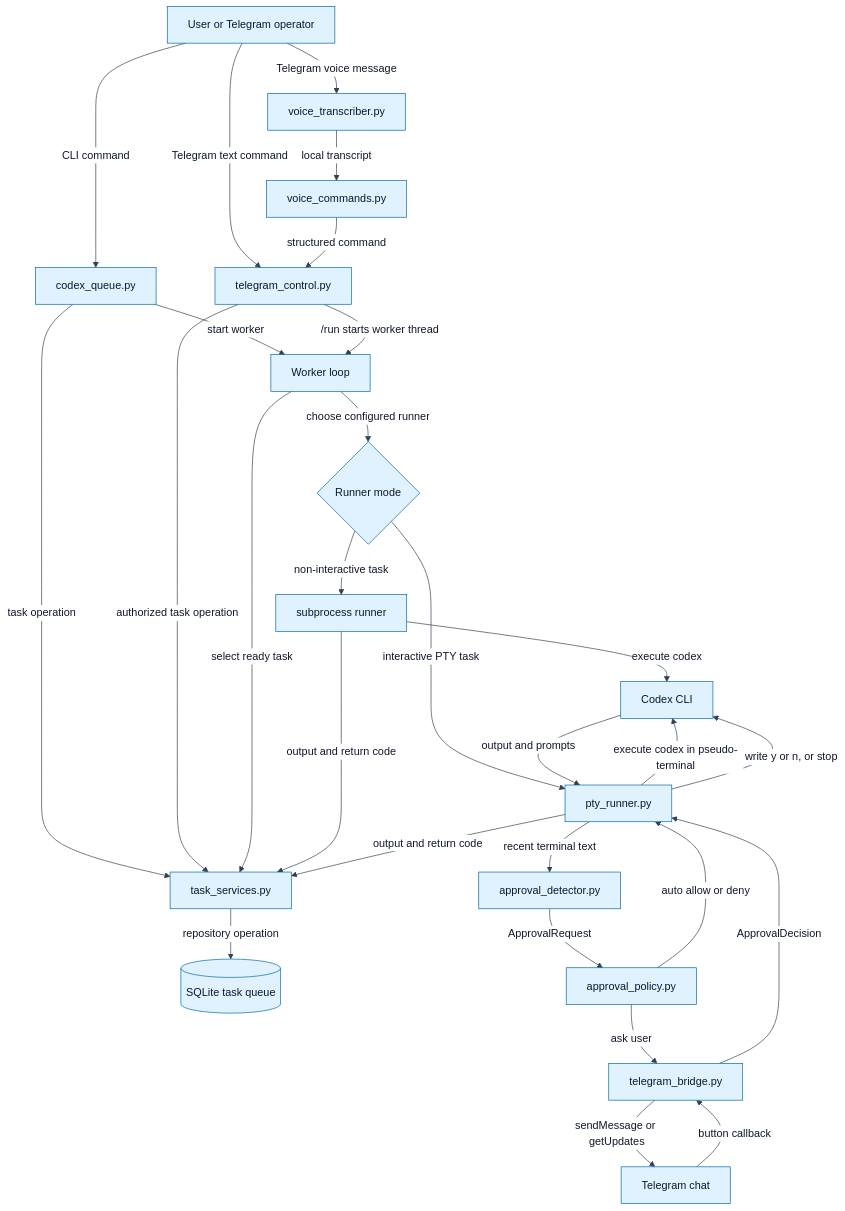
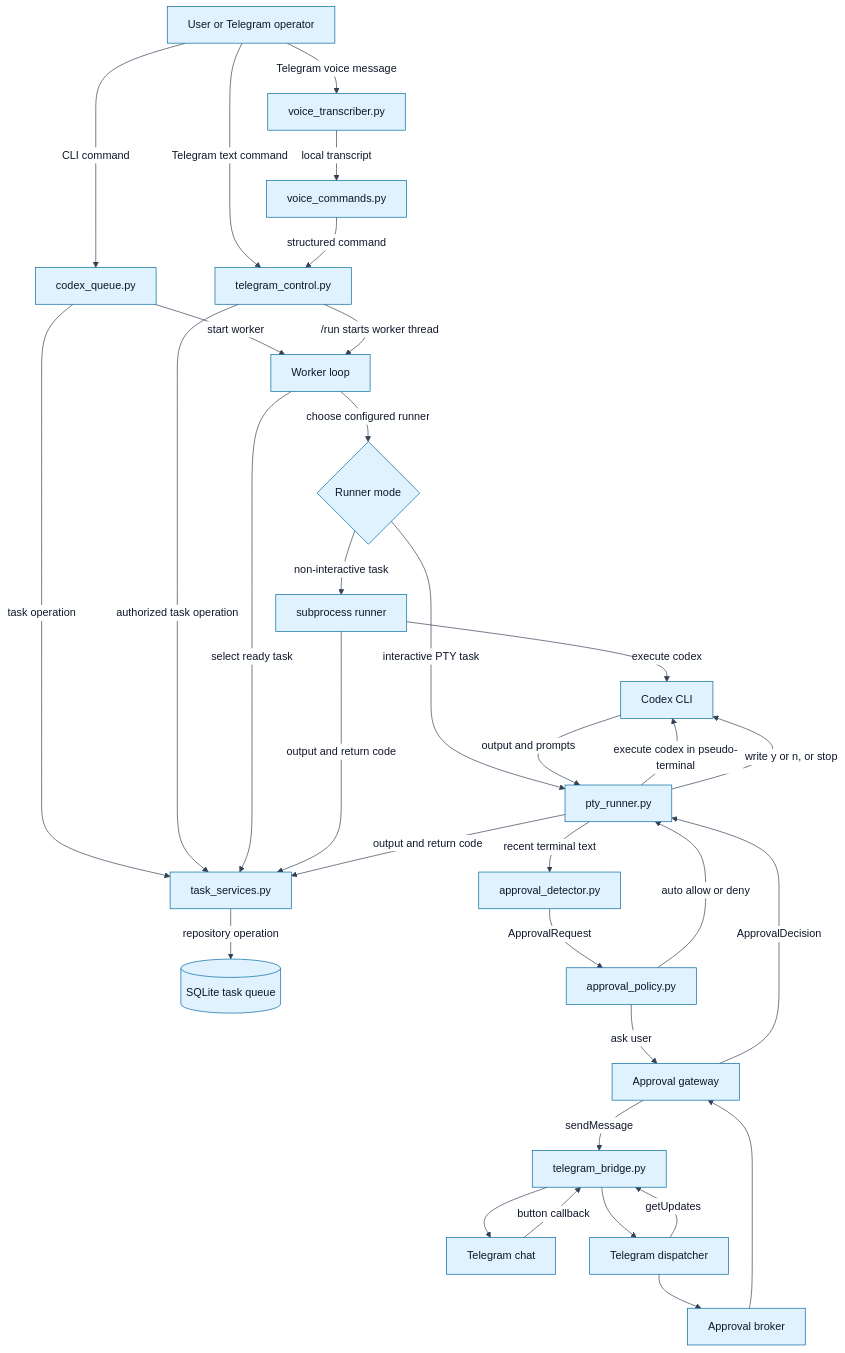
One commit to kinderp/durex changed the diagram in docs/SYSTEM_OVERVIEW.md. Above: the diagram before and after it, drawn with Mermaid. The commit also changed other lines of this file and 11 other files, not shown here.

First line of the commit message:
docs(telegram): define dispatcher ownership

````diff
--- a/docs/SYSTEM_OVERVIEW.md
+++ b/docs/SYSTEM_OVERVIEW.md
@@ -31,48 +31,53 @@
 ```mermaid
 %%{init: {"theme":"base","themeVariables":{"background":"#ffffff","primaryColor":"#e0f2fe","primaryTextColor":"#0f172a","primaryBorderColor":"#0369a1","lineColor":"#334155","secondaryColor":"#dcfce7","secondaryTextColor":"#0f172a","secondaryBorderColor":"#15803d","tertiaryColor":"#fef3c7","tertiaryTextColor":"#0f172a","tertiaryBorderColor":"#b45309","edgeLabelBackground":"#ffffff","clusterBkg":"#f8fafc","clusterBorder":"#cbd5e1","fontFamily":"Arial, sans-serif"}}}%%
 flowchart TD
     User[User or Telegram operator]
     CLI[codex_queue.py]
     Control[telegram_control.py]
     Services[task_services.py]
     VoiceParser[voice_commands.py]
     VoiceSTT[voice_transcriber.py]
     DB[(SQLite task queue)]
     Worker[Worker loop]
     Runner{Runner mode}
     Subprocess[subprocess runner]
     PTY[pty_runner.py]
     Codex[Codex CLI]
     Detector[approval_detector.py]
     Policy[approval_policy.py]
     Bridge[telegram_bridge.py]
     Phone[Telegram chat]
 
     User -->|CLI command| CLI
     User -->|Telegram text command| Control
     User -->|Telegram voice message| VoiceSTT
     VoiceSTT -->|local transcript| VoiceParser
     VoiceParser -->|structured command| Control
     CLI -->|task operation| Services
     Control -->|authorized task operation| Services
     Services -->|repository operation| DB
     CLI -->|start worker| Worker
     Control -->|/run starts worker thread| Worker
     Worker -->|select ready task| Services
     Worker -->|choose configured runner| Runner
     Runner -->|non-interactive task| Subprocess
     Runner -->|interactive PTY task| PTY
     Subprocess -->|execute codex| Codex
     PTY -->|execute codex in pseudo-terminal| Codex
     Codex -->|output and prompts| PTY
     PTY -->|recent terminal text| Detector
     Detector -->|ApprovalRequest| Policy
     Policy -->|auto allow or deny| PTY
-    Policy -->|ask user| Bridge
-    Bridge -->|sendMessage or getUpdates| Phone
+    Policy -->|ask user| Gateway[Approval gateway]
+    Gateway -->|sendMessage| Bridge
+    Dispatcher[Telegram dispatcher] -->|getUpdates| Bridge
+    Bridge --> Phone
     Phone -->|button callback| Bridge
-    Bridge -->|ApprovalDecision| PTY
+    Bridge --> Dispatcher
+    Dispatcher --> Broker[Approval broker]
+    Broker --> Gateway
+    Gateway -->|ApprovalDecision| PTY
     PTY -->|write y or n, or stop| Codex
     Subprocess -->|output and return code| Services
     PTY -->|output and return code| Services
 ```
````
